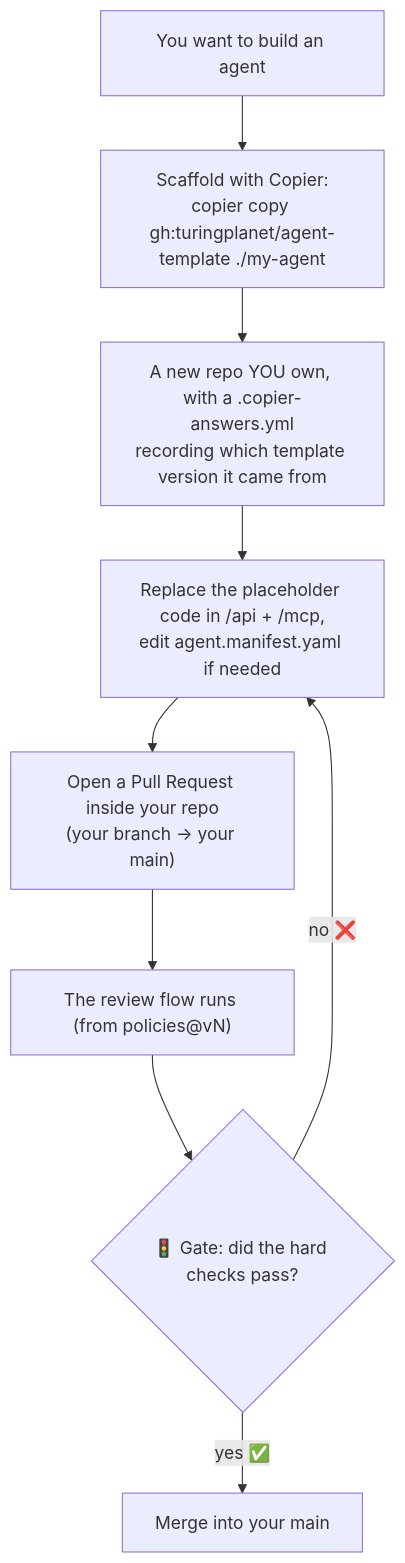
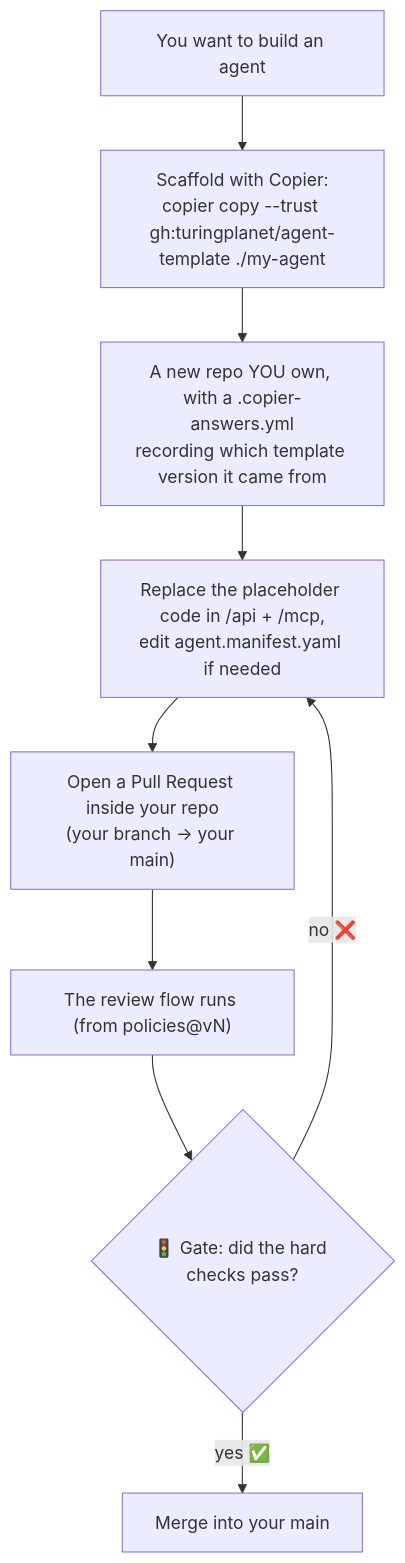
One commit to turingplanet/agent-legion changed the fourth of 6 diagrams in README.md. Above: the diagram before and after it, drawn with Mermaid. The commit also changed other lines of this file and 1 other file, not shown here.

Commit message:
docs+site: copier commands carry --trust (template ships tasks)

````diff
--- a/README.md
+++ b/README.md
@@ -117,11 +117,11 @@
 ```mermaid
 flowchart TB
-    A["You want to build an agent"] --> B["Scaffold with Copier:<br/>copier copy gh:turingplanet/agent-template ./my-agent"]
+    A["You want to build an agent"] --> B["Scaffold with Copier:<br/>copier copy --trust gh:turingplanet/agent-template ./my-agent"]
     B --> C["A new repo YOU own, with a .copier-answers.yml<br/>recording which template version it came from"]
     C --> D["Replace the placeholder code in /api + /mcp,<br/>edit agent.manifest.yaml if needed"]
     D --> E["Open a Pull Request inside your repo<br/>(your branch → your main)"]
     E --> F["The review flow runs (from policies@vN)"]
     F --> G{"🚦 Gate: did the hard checks pass?"}
     G -- "yes ✅" --> H["Merge into your main"]
     G -- "no ❌" --> D
 ```
````
